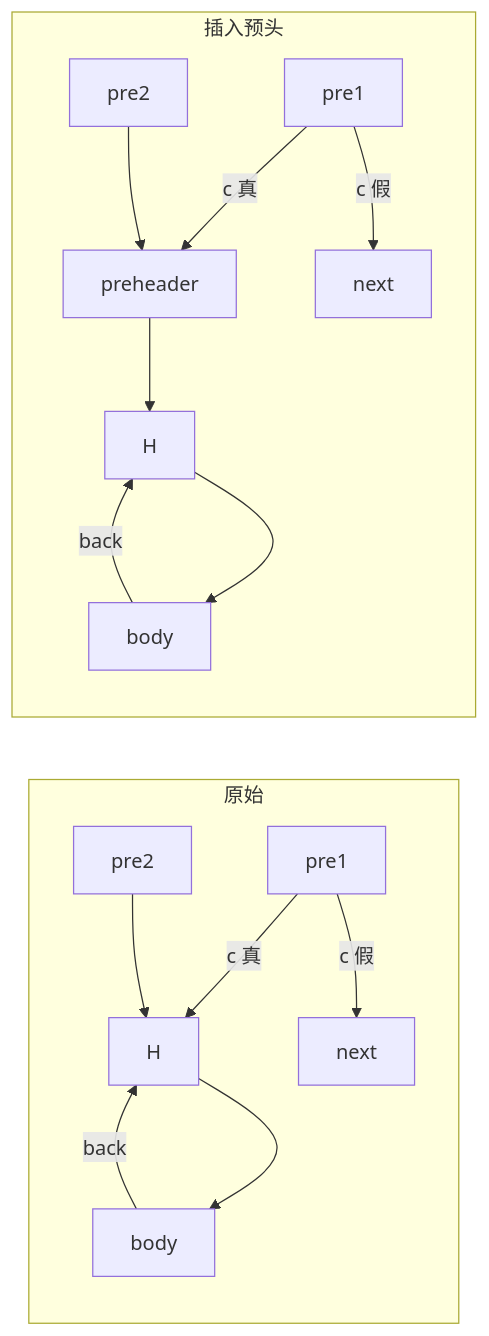
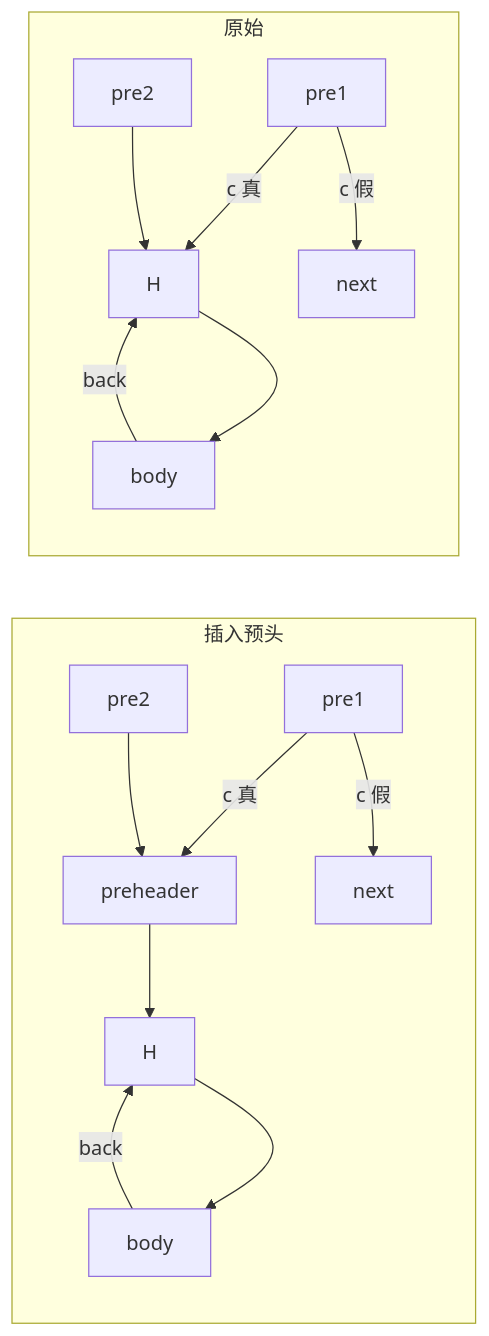
One commit to lightsmilew/compiler-principles changed the second of 4 diagrams in docs/optim/ir-licm.md. Above: the diagram before and after it, drawn with Mermaid. The commit also changed other lines of this file and 36 other files, not shown here.

````diff
--- a/docs/optim/ir-licm.md
+++ b/docs/optim/ir-licm.md
@@ -54,18 +54,22 @@
 ```mermaid
+%% 两块面板上下排布：Mermaid 会把后写的子图放在上方，因此这里先写「插入预头」，
+%% 渲染出来才是上=原始、下=插入预头；面板内部再竖排，整图不会被横向拉长而缩小。
 flowchart LR
-  subgraph 原始
-    A1[pre1] -- c 真 --> H1[H]
-    A1 -- c 假 --> N[next]
-    A2[pre2] --> H1
-    H1 --> B1[body]
-    B1 -- back --> H1
-  end
   subgraph 插入预头
+    direction TB
     A3[pre1] -- c 真 --> PH[preheader]
     A3 -- c 假 --> N2[next]
     A4[pre2] --> PH
     PH --> H2[H]
     H2 --> B2[body]
     B2 -- back --> H2
   end
+  subgraph 原始
+    direction TB
+    A1[pre1] -- c 真 --> H1[H]
+    A1 -- c 假 --> N[next]
+    A2[pre2] --> H1
+    H1 --> B1[body]
+    B1 -- back --> H1
+  end
 ```
````
